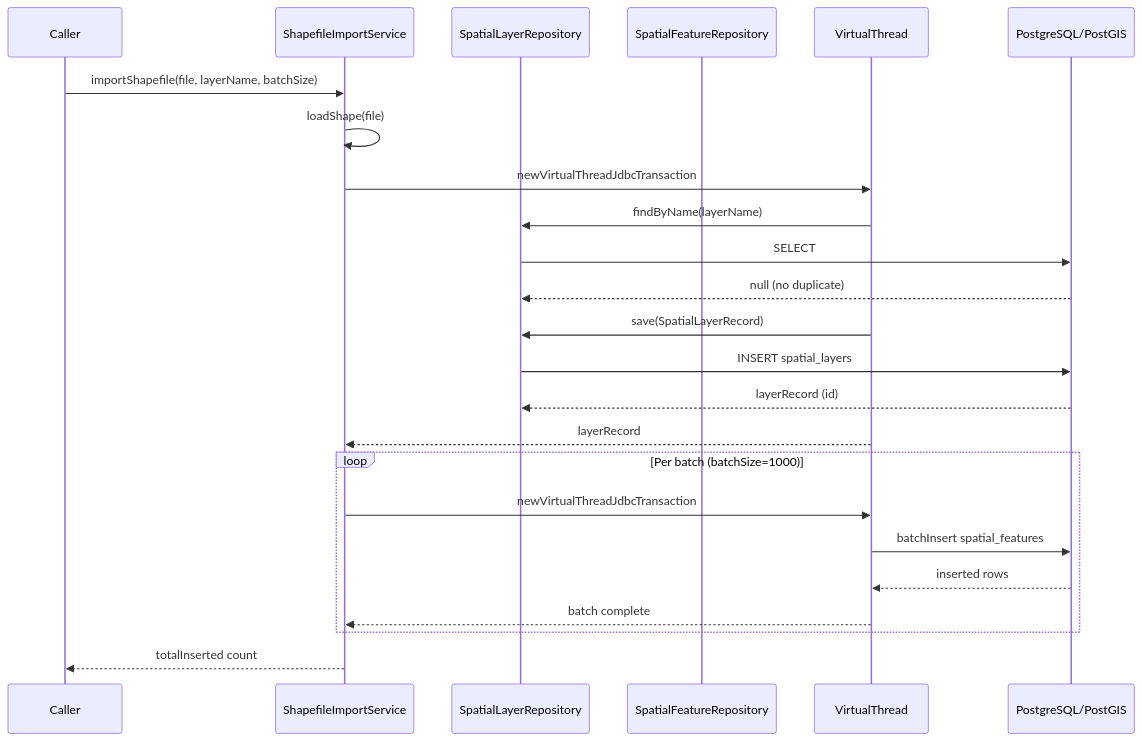
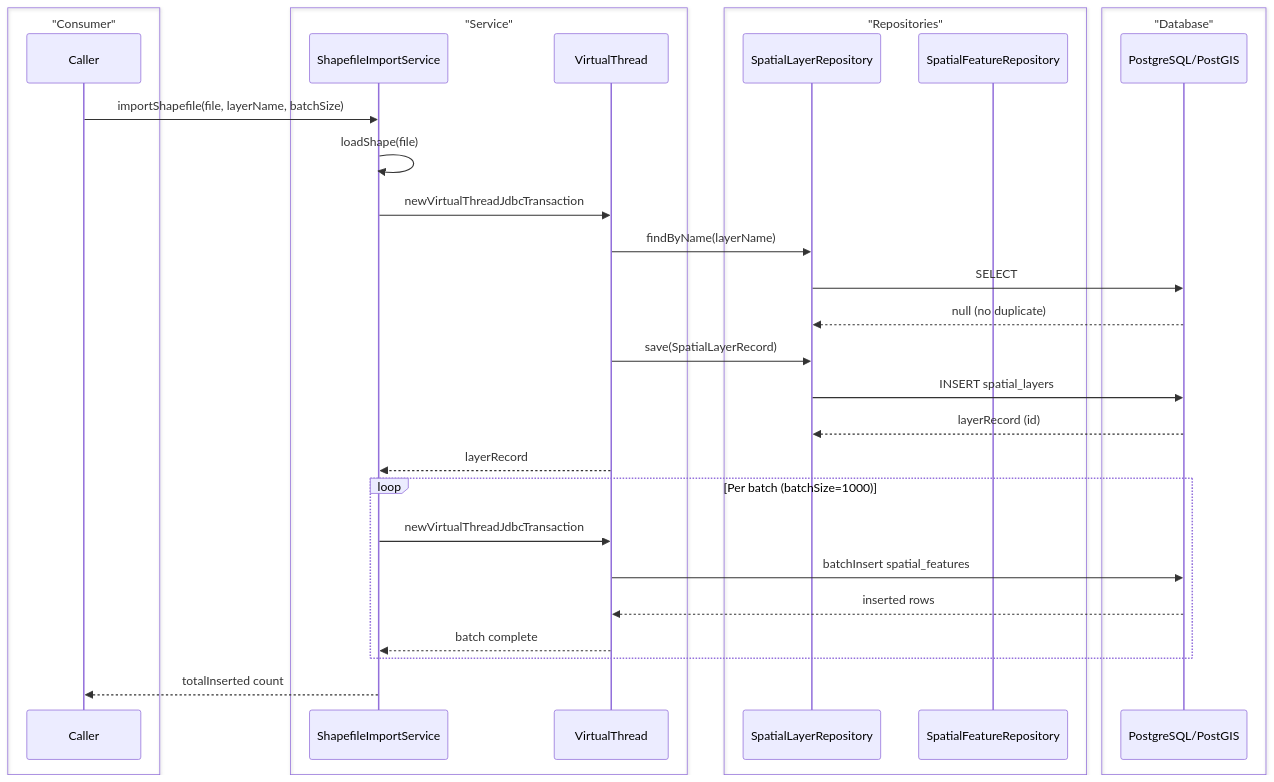
The fourth of 4 diagrams in utils/science/README.md (bluetape4k/bluetape4k-projects), drawn with Mermaid before and after one commit. The commit also changed other lines of this file and 221 other files, not shown here.

First line of the commit message:
docs: 전체 모듈 README UML 다이어그램 보강 및 색상 업그레이드

````diff
--- a/utils/science/README.md
+++ b/utils/science/README.md
@@ -171,30 +199,38 @@
 ```mermaid
 sequenceDiagram
+    box "Consumer" #E8F5E9
     participant Caller
+    end
+    box "Service" #E3F2FD
     participant SIS as ShapefileImportService
+    participant VT as VirtualThread
+    end
+    box "Repositories" #FFF3E0
     participant LR as SpatialLayerRepository
     participant FR as SpatialFeatureRepository
-    participant VT as VirtualThread
+    end
+    box "Database" #F3E5F5
     participant DB as PostgreSQL/PostGIS
+    end
 
     Caller->>SIS: importShapefile(file, layerName, batchSize)
     SIS->>SIS: loadShape(file)
 
     SIS->>VT: newVirtualThreadJdbcTransaction
     VT->>LR: findByName(layerName)
     LR->>DB: SELECT
     DB-->>LR: null (no duplicate)
     VT->>LR: save(SpatialLayerRecord)
     LR->>DB: INSERT spatial_layers
     DB-->>LR: layerRecord (id)
     VT-->>SIS: layerRecord
 
     loop Per batch (batchSize=1000)
         SIS->>VT: newVirtualThreadJdbcTransaction
         VT->>DB: batchInsert spatial_features
         DB-->>VT: inserted rows
         VT-->>SIS: batch complete
     end
 
     SIS-->>Caller: totalInserted count
 ```
````
